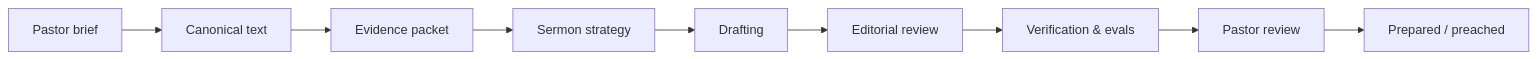
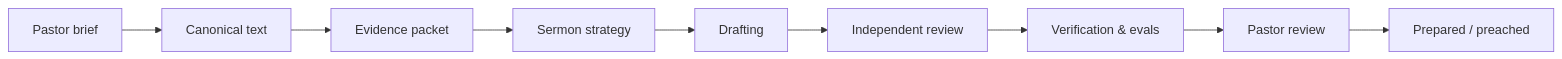
One commit to seantalluri/ezra-showcase changed the diagram in README.md. Above: the diagram before and after it, drawn with Mermaid. The commit also changed other lines of this file, not shown here.

````diff
--- a/README.md
+++ b/README.md
@@ -33,11 +36,11 @@
 ```mermaid
 flowchart LR
     B[Pastor brief] --> T[Canonical text]
     T --> E[Evidence packet]
     E --> S[Sermon strategy]
     S --> D[Drafting]
-    D --> R[Editorial review]
+    D --> R[Independent review]
     R --> V[Verification & evals]
     V --> P[Pastor review]
     P --> F[Prepared / preached]
 ```
````
